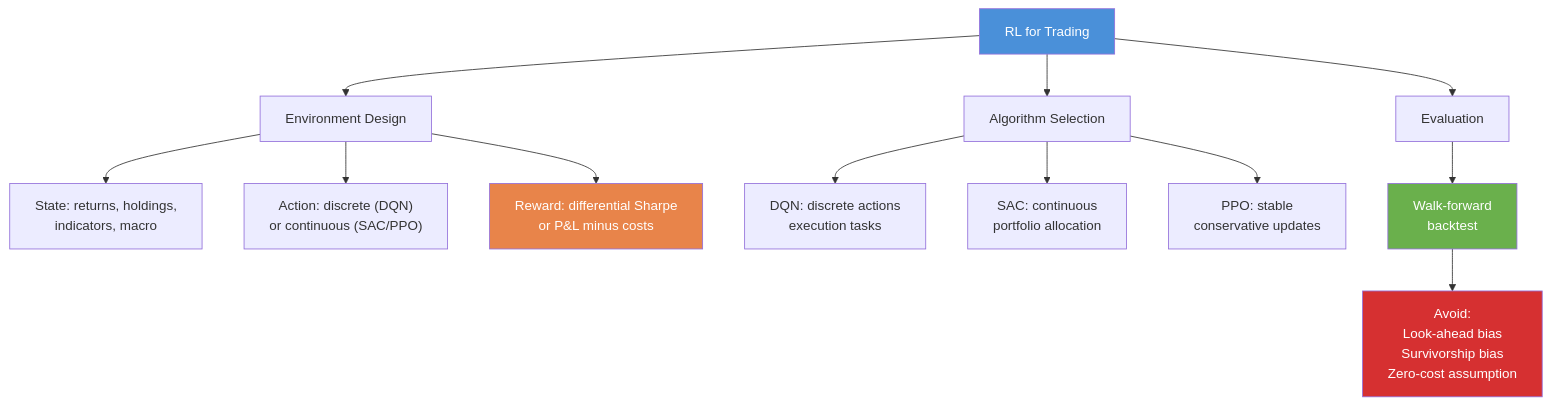
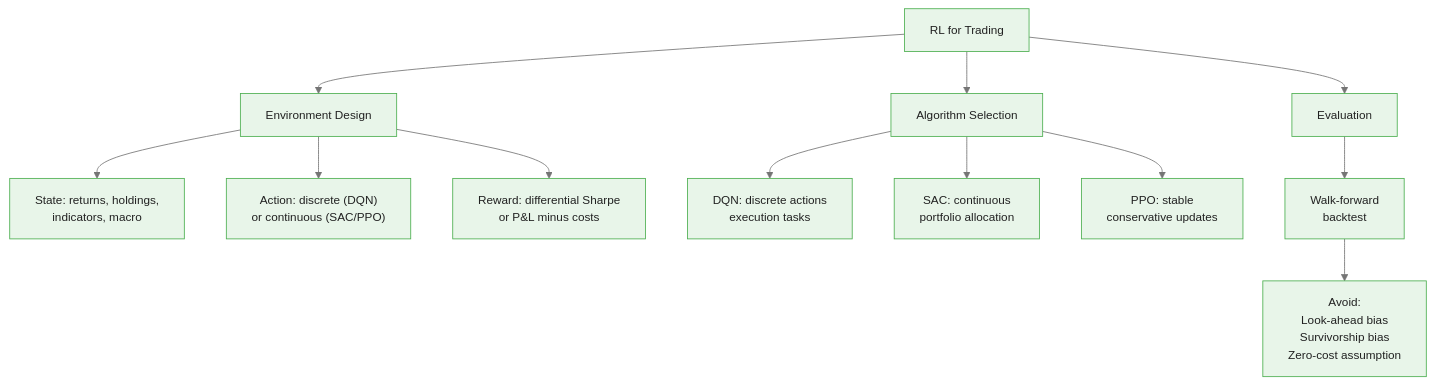
The fifth of 5 diagrams in courses/reinforcement-learning/modules/module_09_frontiers/guides/04_rl_for_trading_slides.md (m-deane/course-creator), drawn with Mermaid before and after one commit. The commit also changed other lines of this file and 131 other files, not shown here.

````diff
--- a/courses/reinforcement-learning/modules/module_09_frontiers/guides/04_rl_for_trading_slides.md
+++ b/courses/reinforcement-learning/modules/module_09_frontiers/guides/04_rl_for_trading_slides.md
@@ -375,22 +404,19 @@
 ```mermaid
+%%{init: {"theme": "base", "themeVariables": {"primaryColor": "#e8f5e9", "primaryBorderColor": "#4caf50", "primaryTextColor": "#212121", "secondaryColor": "#e3f2fd", "tertiaryColor": "#fff8e1", "lineColor": "#757575", "fontFamily": "Inter, sans-serif", "fontSize": "14px"}}}%%
 flowchart TD
     Trading["RL for Trading"] --> Env["Environment Design"]
     Trading --> Algo["Algorithm Selection"]
     Trading --> Eval["Evaluation"]
 
     Env --> State["State: returns, holdings,\nindicators, macro"]
     Env --> Action["Action: discrete (DQN)\nor continuous (SAC/PPO)"]
     Env --> Reward["Reward: differential Sharpe\nor P&L minus costs"]
 
     Algo --> DQN2["DQN: discrete actions\nexecution tasks"]
     Algo --> SAC2["SAC: continuous\nportfolio allocation"]
     Algo --> PPO2["PPO: stable\nconservative updates"]
 
     Eval --> WF["Walk-forward\nbacktest"]
     WF --> Pitfalls["Avoid:\nLook-ahead bias\nSurvivorship bias\nZero-cost assumption"]
 
-    style Trading fill:#4A90D9,color:#fff
-    style Reward fill:#E8844A,color:#fff
-    style WF fill:#6ab04c,color:#fff
-    style Pitfalls fill:#d63031,color:#fff
 ```
````
